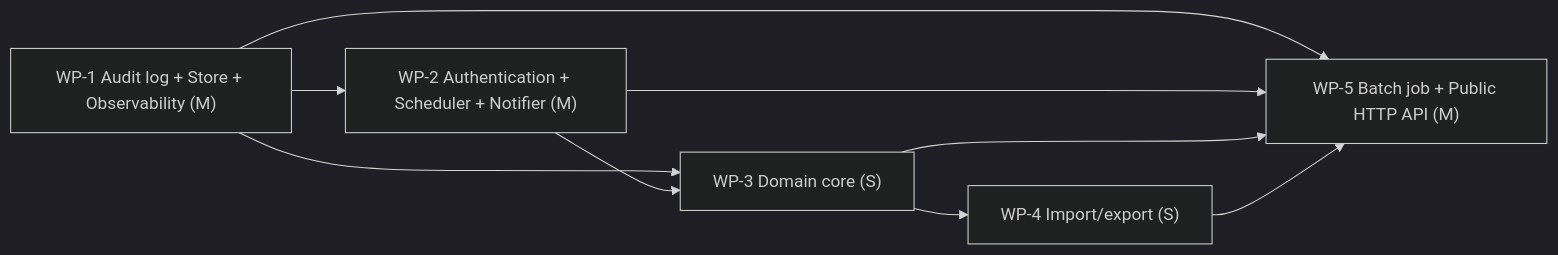
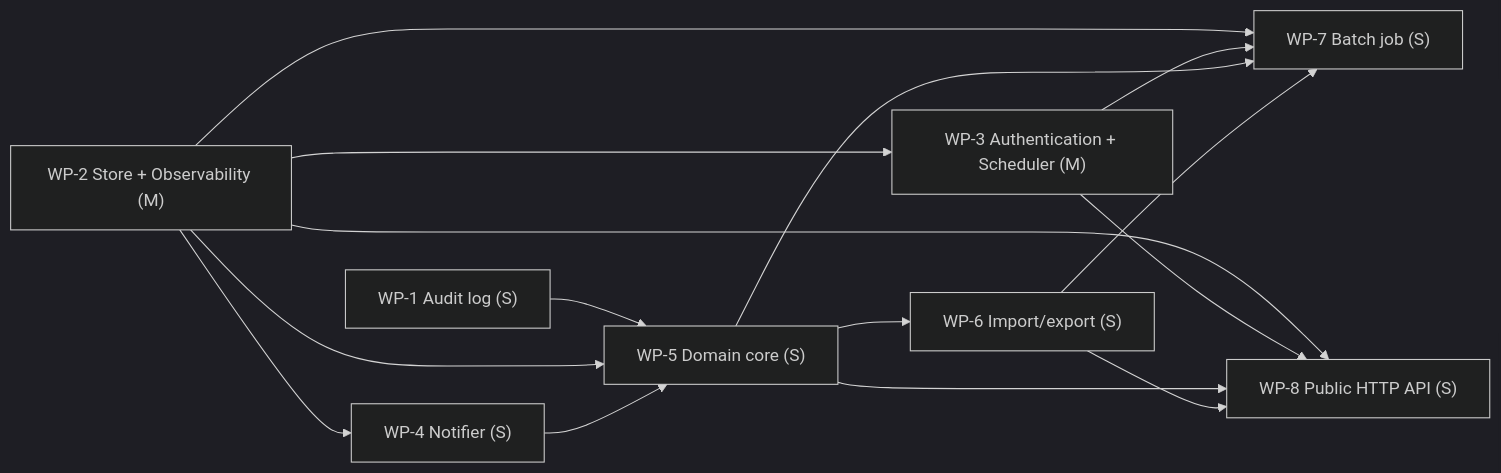
The third of 3 diagrams in examples/minimal/DESIGN.md (yui9696/sekkei), drawn with Mermaid (dark theme) before and after one commit. The commit also changed other lines of this file and 25 other files, not shown here.

````diff
--- a/examples/minimal/DESIGN.md
+++ b/examples/minimal/DESIGN.md
@@ -679,16 +679,25 @@
 ```mermaid
 graph LR
-  WP_1["WP-1 Audit log + Store + Observability (M)"]
-  WP_2["WP-2 Authentication + Scheduler + Notifier (M)"]
-  WP_3["WP-3 Domain core (S)"]
-  WP_4["WP-4 Import/export (S)"]
-  WP_5["WP-5 Batch job + Public HTTP API (M)"]
-  WP_1 --> WP_2
-  WP_1 --> WP_3
+  WP_1["WP-1 Audit log (S)"]
+  WP_2["WP-2 Store + Observability (M)"]
+  WP_3["WP-3 Authentication + Scheduler (M)"]
+  WP_4["WP-4 Notifier (S)"]
+  WP_5["WP-5 Domain core (S)"]
+  WP_6["WP-6 Import/export (S)"]
+  WP_7["WP-7 Batch job (S)"]
+  WP_8["WP-8 Public HTTP API (S)"]
   WP_2 --> WP_3
-  WP_3 --> WP_4
+  WP_2 --> WP_4
   WP_1 --> WP_5
   WP_2 --> WP_5
-  WP_3 --> WP_5
   WP_4 --> WP_5
+  WP_5 --> WP_6
+  WP_2 --> WP_7
+  WP_3 --> WP_7
+  WP_5 --> WP_7
+  WP_6 --> WP_7
+  WP_2 --> WP_8
+  WP_3 --> WP_8
+  WP_5 --> WP_8
+  WP_6 --> WP_8
 ```
````
